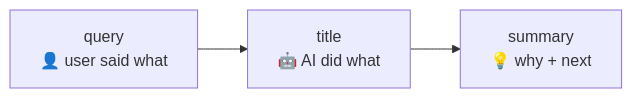
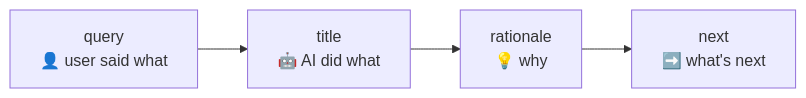
One commit to dozybot001/Intent changed the second of 4 diagrams in docs/EN/cli.md. Above: the diagram before and after it, drawn with Mermaid. The commit also changed other lines of this file and 2 other files, not shown here.

First line of the commit message:
Replace summary with rationale + next across all docs

````diff
--- a/docs/EN/cli.md
+++ b/docs/EN/cli.md
@@ -119,4 +119,4 @@
 ```mermaid
 flowchart LR
-  Q["query\n👤 user said what"] --> T["title\n🤖 AI did what"] --> S["summary\n💡 why + next"]
+  Q["query\n👤 user said what"] --> T["title\n🤖 AI did what"] --> R["rationale\n💡 why"] --> N["next\n➡️ what's next"]
 ```
````
